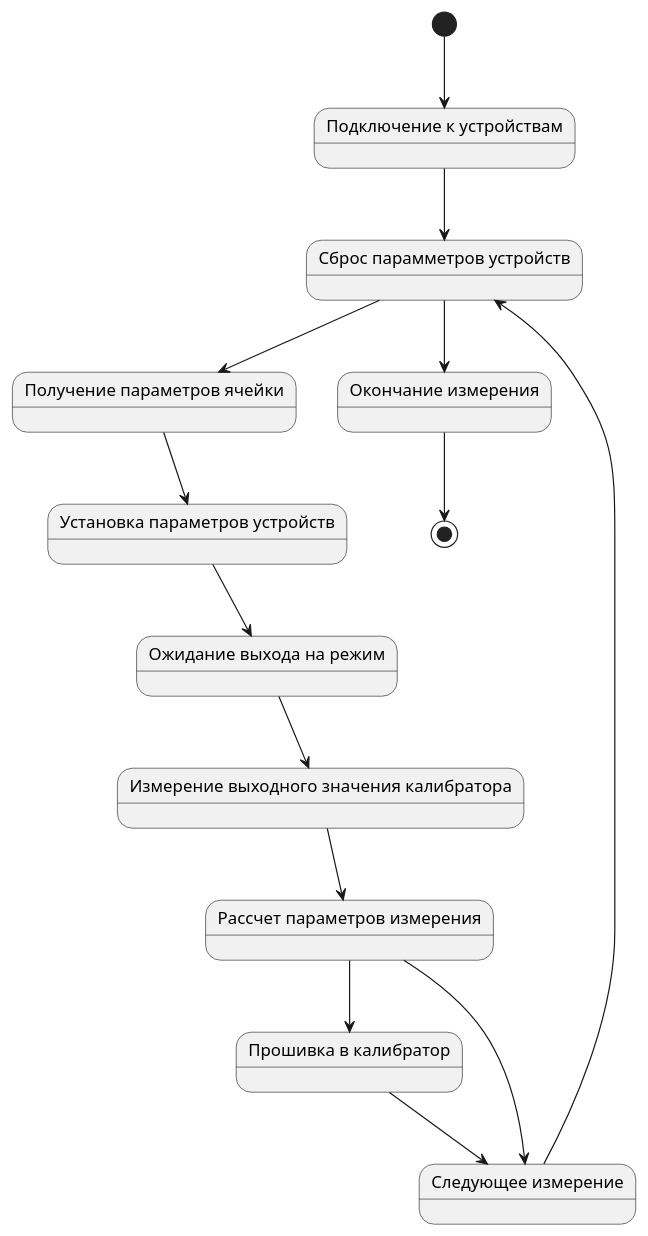
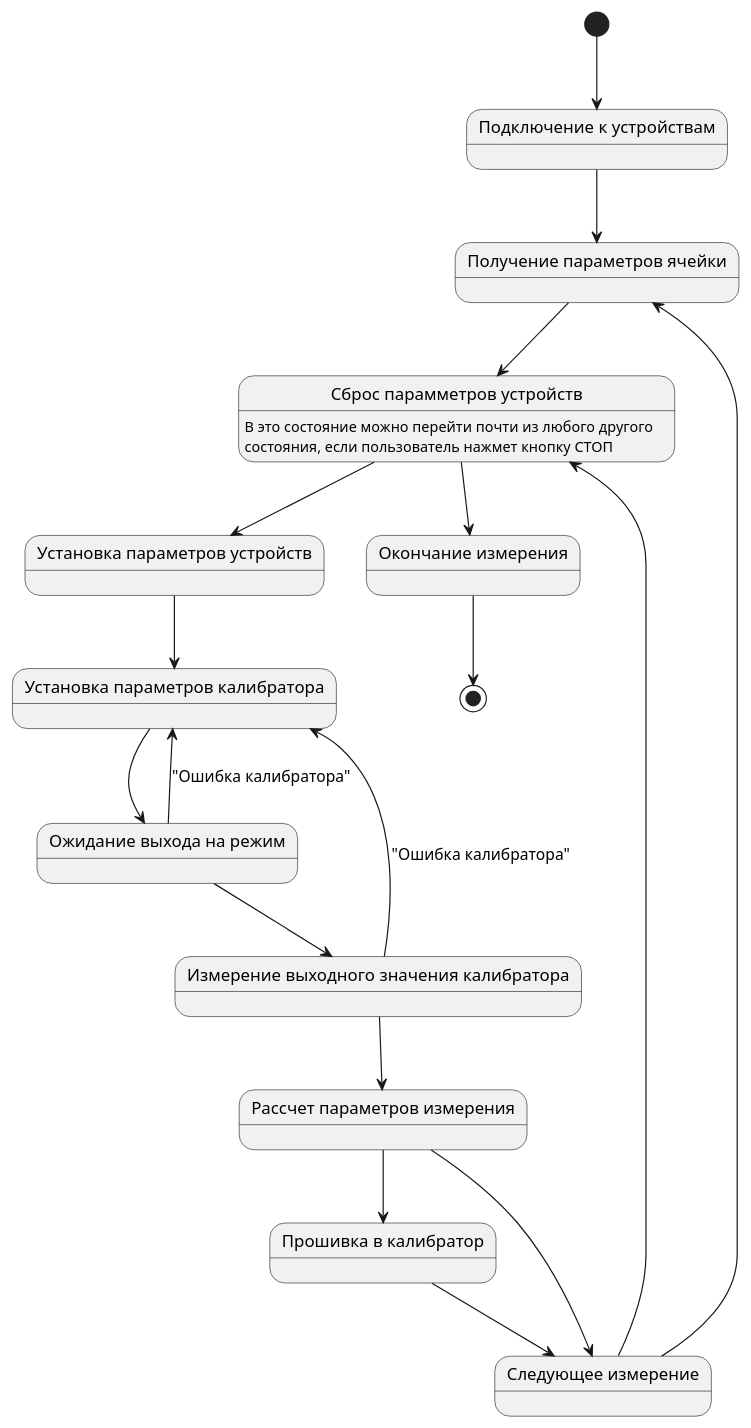
Before and after one commit to irsural/clb_autocalibration: the diagram in UML/main_state_machine.puml, drawn with PlantUML. The commit also changed 3 other files, not shown here.

```diff
--- a/UML/main_state_machine.puml
+++ b/UML/main_state_machine.puml
@@ -1,30 +1,37 @@
 @startuml
 
 state "Подключение к устройствам" as device_connect
 state "Сброс парамметров устройств" as reset_devices
 state "Установка параметров устройств" as set_devices
+state "Установка параметров калибратора" as set_calibrator
 
 state "Получение параметров ячейки" as get_cell_params
 state "Ожидание выхода на режим" as wait_ready
 state "Измерение выходного значения калибратора" as measurement
 state "Рассчет параметров измерения" as calc_parameters
 state "Прошивка в калибратор" as flash_data
 state "Следующее измерение" as next_measure
 state "Окончание измерения" as measure_finish
 
 
 [*] --> device_connect
-device_connect --> reset_devices
-reset_devices --> get_cell_params
-get_cell_params --> set_devices
-set_devices --> wait_ready
+device_connect --> get_cell_params
+get_cell_params --> reset_devices
+reset_devices: В это состояние можно перейти почти из любого другого \
+\nсостояния, если пользователь нажмет кнопку СТОП
+reset_devices --> set_devices
+set_devices --> set_calibrator
+set_calibrator --> wait_ready
 wait_ready --> measurement
+wait_ready --> set_calibrator: "Ошибка калибратора"
 measurement --> calc_parameters
+measurement --> set_calibrator: "Ошибка калибратора"
 calc_parameters --> flash_data
 calc_parameters --> next_measure
 flash_data --> next_measure
 next_measure --> reset_devices
+next_measure --> get_cell_params
 reset_devices --> measure_finish
 measure_finish --> [*]
 
 @enduml
```
